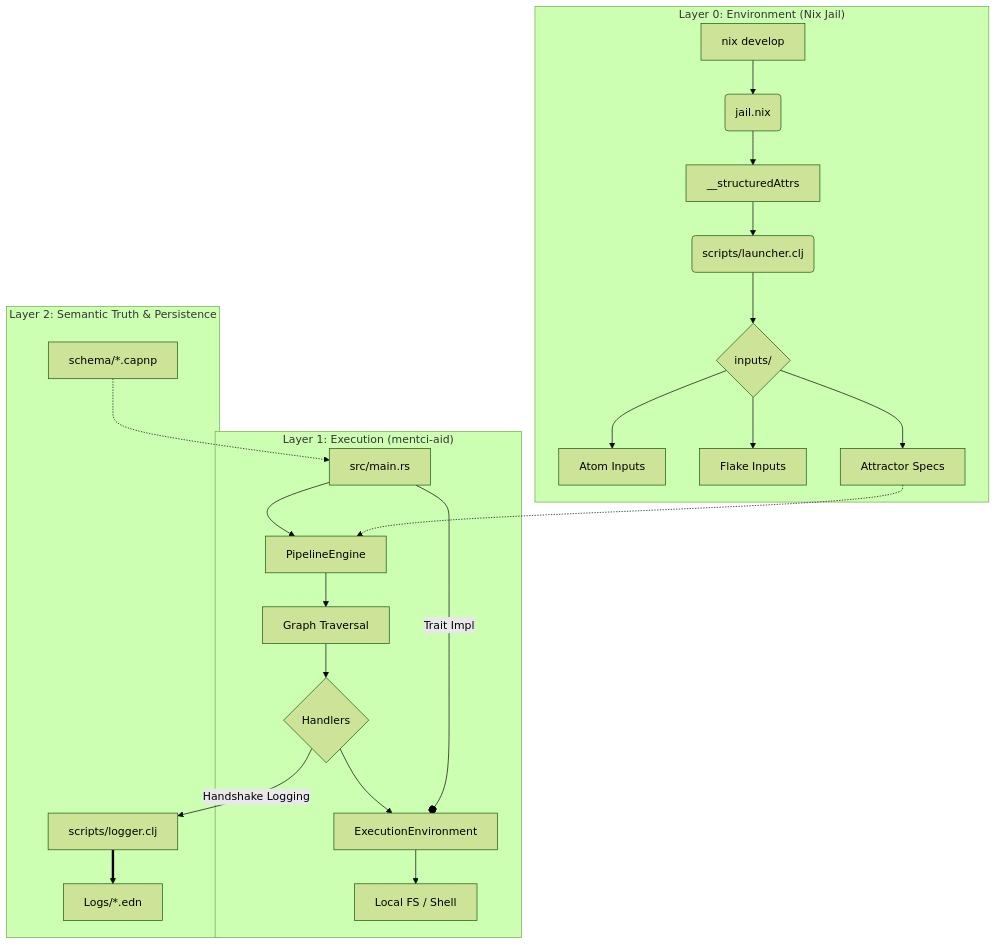
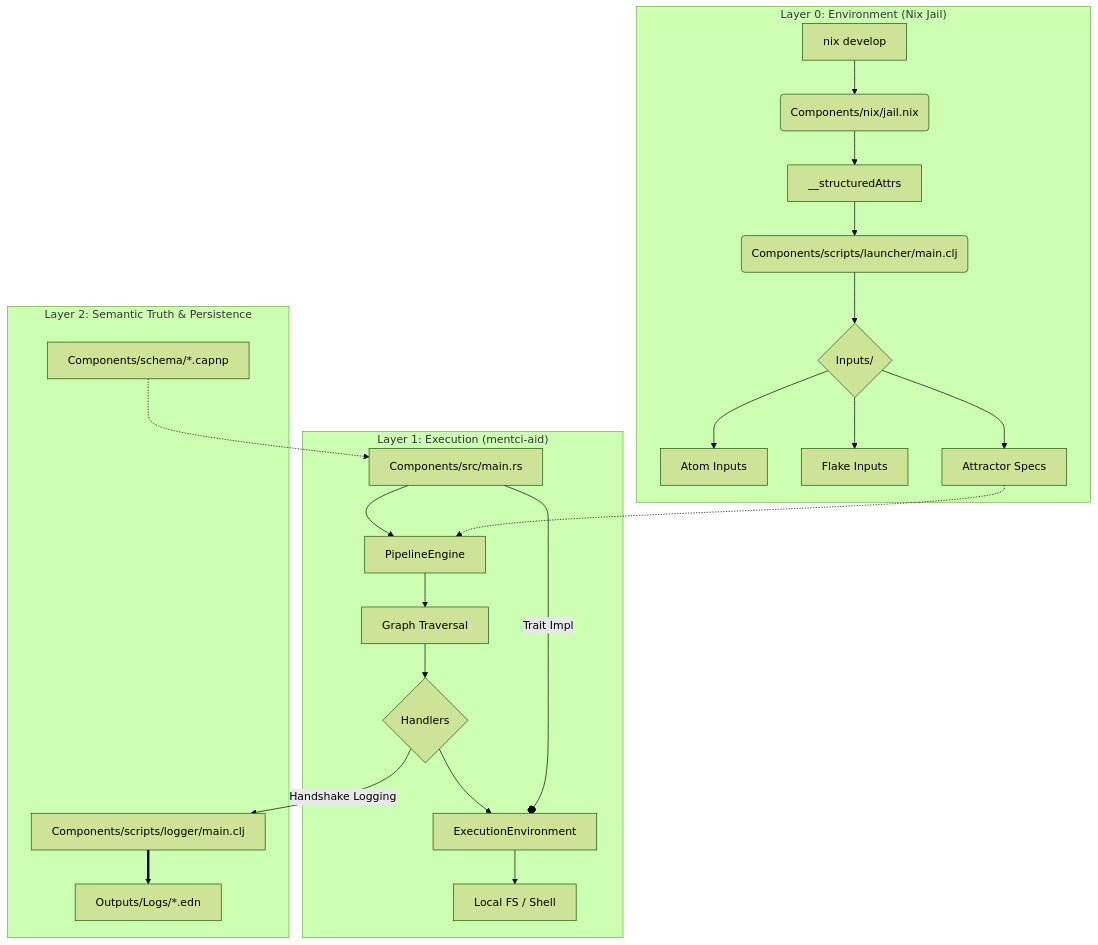
One commit to LiGoldragon/Mentci-AI changed the diagram in Library/architecture/ARCHITECTURE.md. Above: the diagram before and after it, drawn with Mermaid (forest theme). The commit also changed other lines of this file and 93 other files, not shown here.

First line of the commit message:
session: backfill pending protocol and reporting updates; move jail spec under Components/nix ♓︎ 2026-02-22 solar: 5919.12.4.60.1

````diff
--- a/Library/architecture/ARCHITECTURE.md
+++ b/Library/architecture/ARCHITECTURE.md
@@ -5,29 +5,29 @@
 ```mermaid
 graph TD
     subgraph "Layer 0: Environment (Nix Jail)"
-        A[nix develop] --> B(jail.nix)
+        A[nix develop] --> B(Components/nix/jail.nix)
         B --> C[__structuredAttrs]
-        C --> D(scripts/launcher.clj)
-        D --> E{inputs/}
+        C --> D(Components/scripts/launcher/main.clj)
+        D --> E{Inputs/}
         E --> E1[Atom Inputs]
         E --> E2[Flake Inputs]
         E --> E3[Attractor Specs]
     end
 
     subgraph "Layer 1: Execution (mentci-aid)"
-        F[src/main.rs] --> G[PipelineEngine]
+        F[Components/src/main.rs] --> G[PipelineEngine]
         G --> H[Graph Traversal]
         H --> I{Handlers}
         I --> J[ExecutionEnvironment]
         J --> K[Local FS / Shell]
     end
 
     subgraph "Layer 2: Semantic Truth & Persistence"
-        L[schema/*.capnp] -.-> F
-        M[scripts/logger.clj] ==> N[Logs/*.edn]
+        L[Components/schema/*.capnp] -.-> F
+        M[Components/scripts/logger/main.clj] ==> N[Outputs/Logs/*.edn]
         I -- Handshake Logging --> M
     end
 
     E3 -.-> G
     F -- Trait Impl --o J
 ```
````
